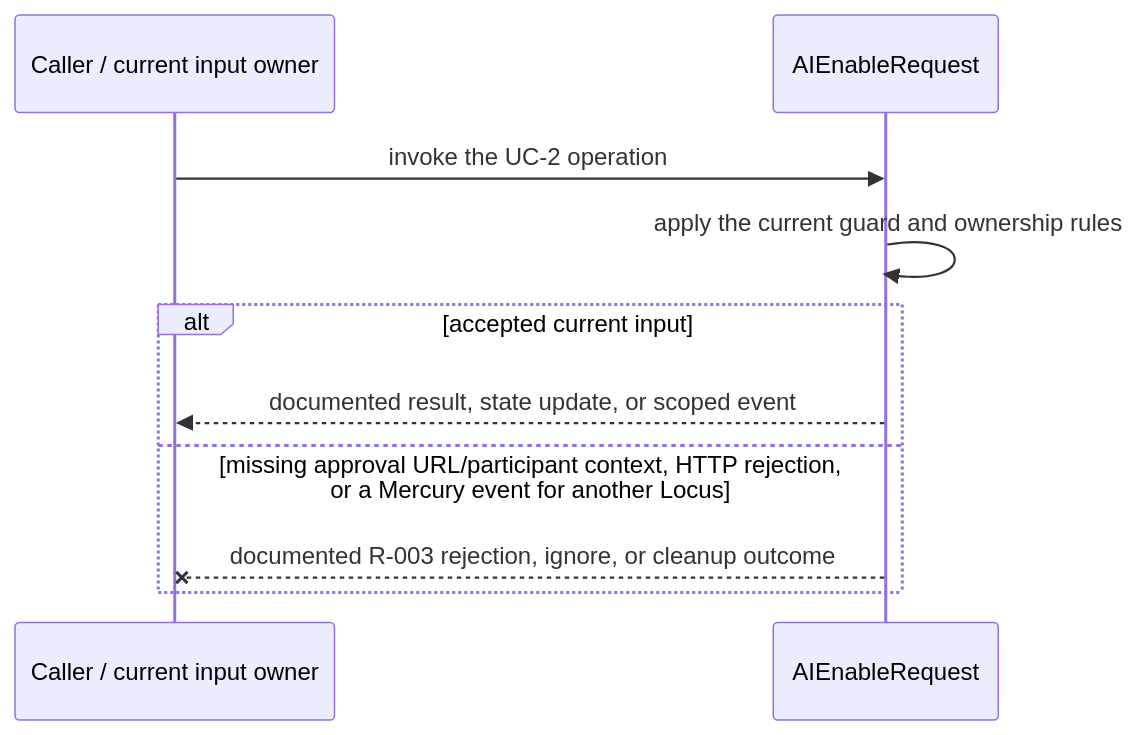
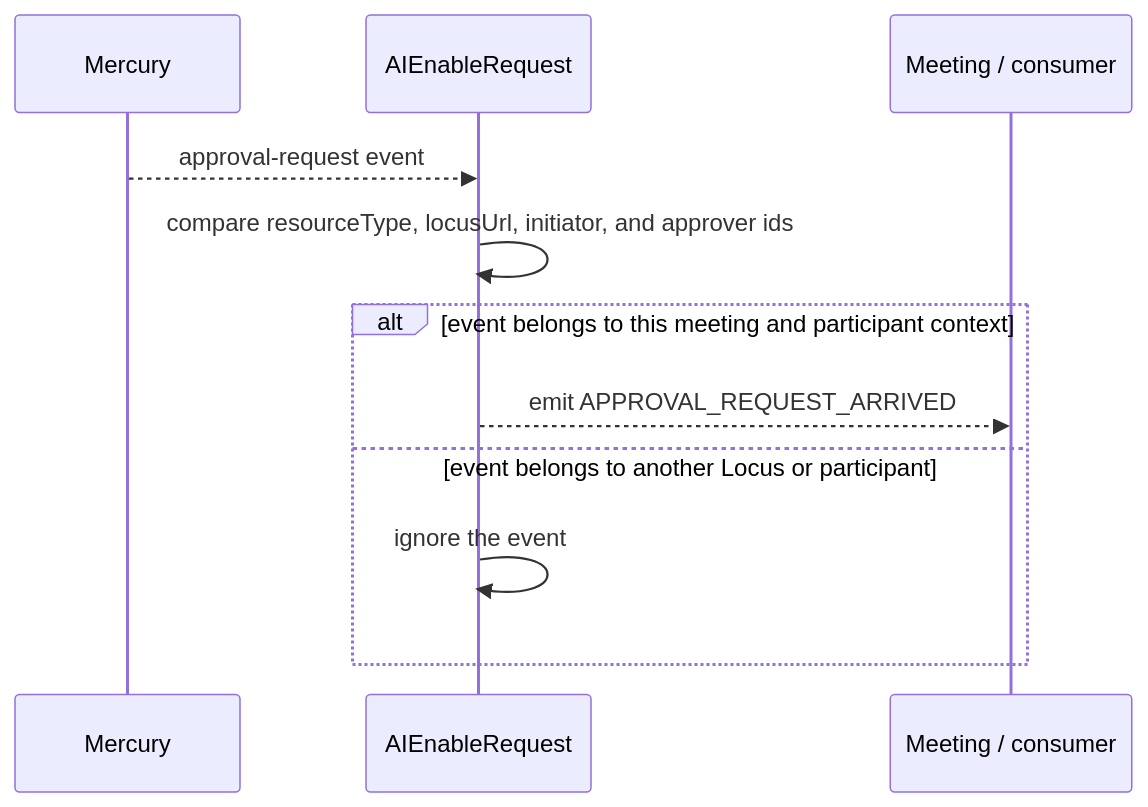
Before and after one commit to webex/webex-js-sdk: the third of 4 diagrams in packages/@webex/plugin-meetings/src/aiEnableRequest/ai-docs/ai-enable-request-spec.md, drawn with Mermaid. The commit also changed other lines of this file and 24 other files, not shown here.

````diff
--- a/packages/@webex/plugin-meetings/src/aiEnableRequest/ai-docs/ai-enable-request-spec.md
+++ b/packages/@webex/plugin-meetings/src/aiEnableRequest/ai-docs/ai-enable-request-spec.md
@@ -136,12 +138,13 @@
 ```mermaid
 sequenceDiagram
-  participant C as Caller / current input owner
-  participant M as AIEnableRequest
-  C->>M: invoke the UC-2 operation
-  M->>M: apply the current guard and ownership rules
-  alt accepted current input
-    M-->>C: documented result, state update, or scoped event
-  else missing approval URL/participant context, HTTP rejection, or a Mercury event for another Locus
-    M--xC: documented R-003 rejection, ignore, or cleanup outcome
+  participant M as Mercury
+  participant A as AIEnableRequest
+  participant C as Meeting / consumer
+  M-->>A: approval-request event
+  A->>A: compare resourceType, locusUrl, initiator, and approver ids
+  alt event belongs to this meeting and participant context
+    A-->>C: emit APPROVAL_REQUEST_ARRIVED
+  else event belongs to another Locus or participant
+    A->>A: ignore the event
   end
 ```
````
